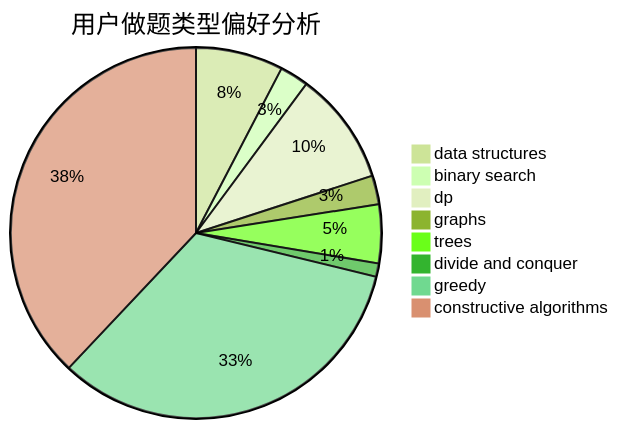
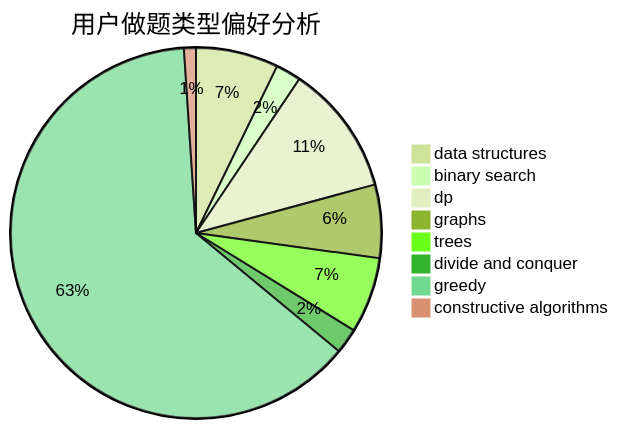
The second of 3 diagrams in docs/user/u893.md (sherpahu/cfrs.github.io), drawn with Mermaid (forest theme) before and after one commit. The commit also changed other lines of this file and 2770 other files, not shown here.

````diff
--- a/docs/user/u893.md
+++ b/docs/user/u893.md
@@ -23,11 +23,11 @@
 ```mermaid
 pie title 用户做题类型偏好分析
-    "data structures" :  79
-    "binary search" :  26
-    "dp" :  102
-    "graphs" :  26
-    "trees" :  53
-    "divide and conquer" :  12
-    "greedy" :  344
-    "constructive algorithms" :  393
+    "data structures" :  62
+    "binary search" :  19
+    "dp" :  98
+    "graphs" :  55
+    "trees" :  57
+    "divide and conquer" :  19
+    "greedy" :  542
+    "constructive algorithms" :  9
 ```
````
